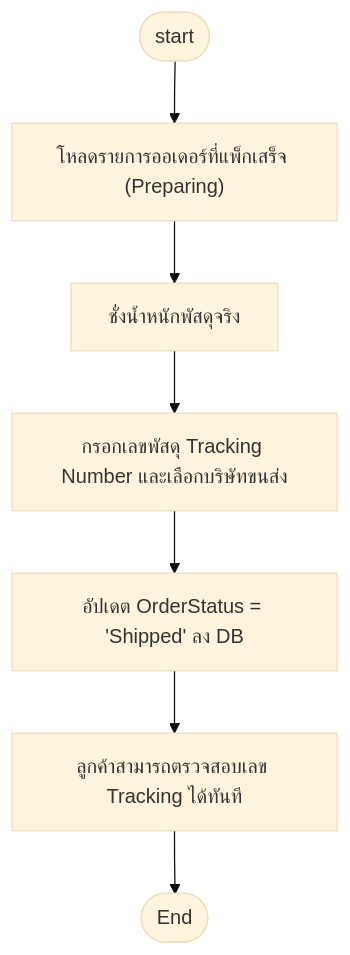
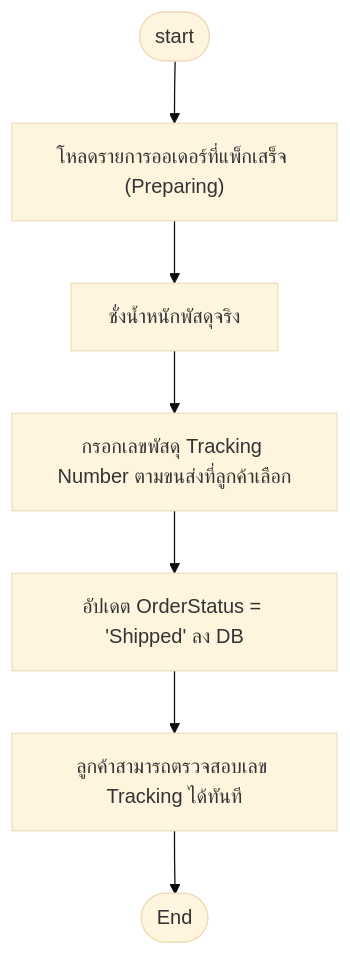
Diagram 15 of 18 in README.md (doraemon-kub/CSI402_Project-final), drawn with Mermaid (base theme) before and after one commit. The commit also changed 5 other files, not shown here.

````diff
--- a/README.md
+++ b/README.md
@@ -374,9 +374,9 @@
 ```mermaid
 flowchart TD
     Start([start]) --> LoadPreparingOrders["โหลดรายการออเดอร์ที่แพ็กเสร็จ (Preparing)"]
     LoadPreparingOrders --> WeighBox[ชั่งน้ำหนักพัสดุจริง]
-    WeighBox --> EnterTracking[กรอกเลขพัสดุ Tracking Number และเลือกบริษัทขนส่ง]
+    WeighBox --> EnterTracking[กรอกเลขพัสดุ Tracking Number ตามขนส่งที่ลูกค้าเลือก]
     EnterTracking --> UpdateShippedDB[อัปเดต OrderStatus = 'Shipped' ลง DB]
     UpdateShippedDB --> NotifyCustomer[ลูกค้าสามารถตรวจสอบเลข Tracking ได้ทันที]
     NotifyCustomer --> End([End])
 ```
````
